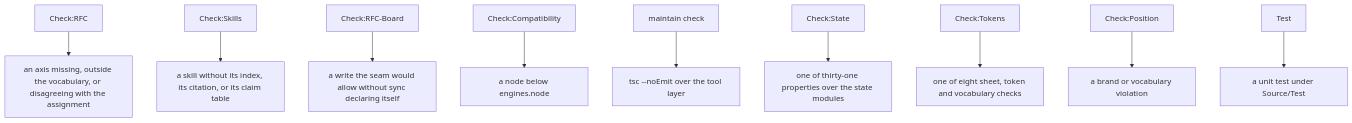
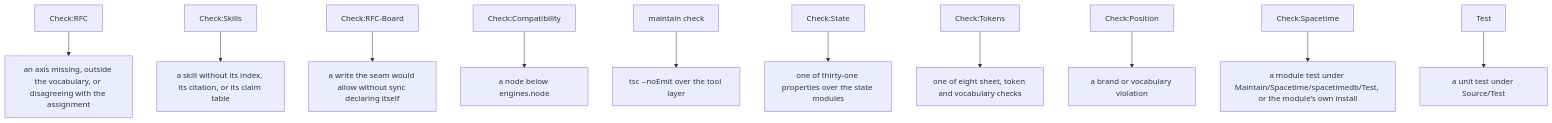
Before and after one commit to NikolaRHristov/TimeLine: the second of 4 diagrams in Documentation/Reference/Diagram/Gates.md, drawn with Mermaid. The commit also changed other lines of this file and 7 other files, not shown here.

First line of the commit message:
fix: improve error handling and output formatting in Spacetime module

````diff
--- a/Documentation/Reference/Diagram/Gates.md
+++ b/Documentation/Reference/Diagram/Gates.md
@@ -41,12 +43,13 @@
 ```mermaid
 flowchart TD
   A["Check:RFC"] --> A2["an axis missing, outside the vocabulary, or disagreeing with the assignment"]
   B["Check:Skills"] --> B2["a skill without its index, its citation, or its claim table"]
   C["Check:RFC-Board"] --> C2["a write the seam would allow without sync declaring itself"]
   D["Check:Compatibility"] --> D2["a node below engines.node"]
   E["maintain check"] --> E2["tsc --noEmit over the tool layer"]
   F["Check:State"] --> F2["one of thirty-one properties over the state modules"]
   G["Check:Tokens"] --> G2["one of eight sheet, token and vocabulary checks"]
   H["Check:Position"] --> H2["a brand or vocabulary violation"]
-  I["Test"] --> I2["a unit test under Source/Test"]
+  I["Check:Spacetime"] --> I2["a module test under Maintain/Spacetime/spacetimedb/Test, or the module's own install"]
+  J["Test"] --> J2["a unit test under Source/Test"]
 ```
````
